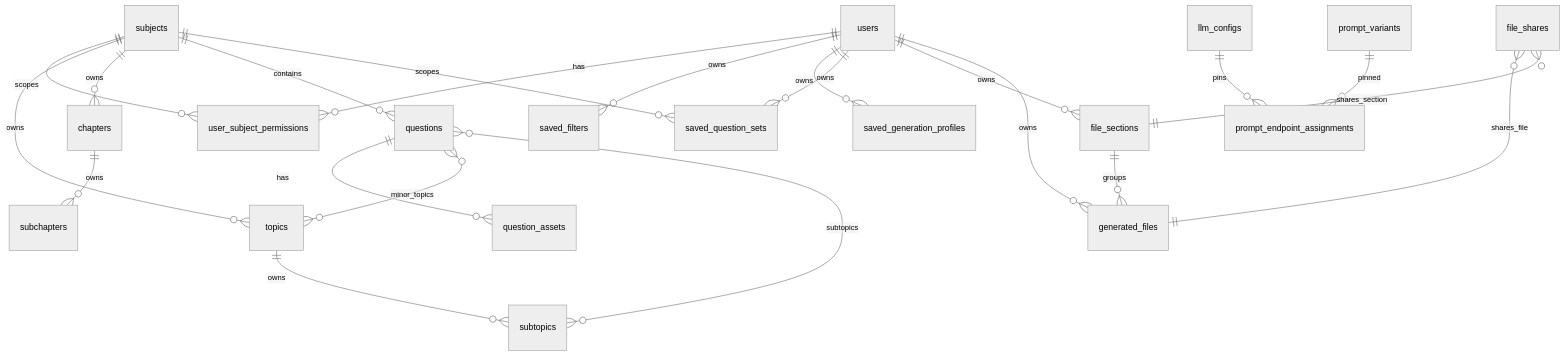
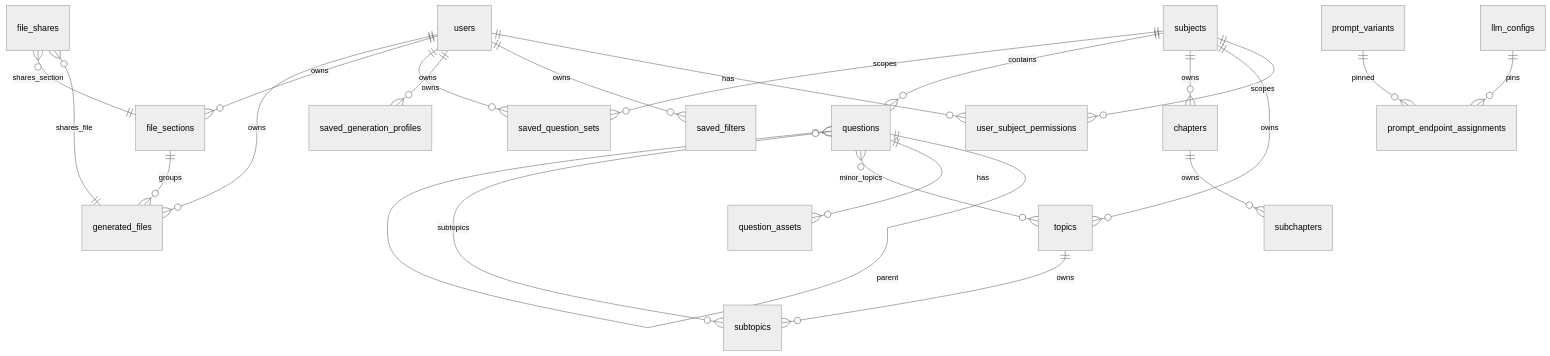
One commit to lst3245/oqb2 changed the diagram in docs/core/03-data-model-and-migrations.md. Above: the diagram before and after it, drawn with Mermaid (neutral theme). The commit also changed other lines of this file and 57 other files, not shown here.

````diff
--- a/docs/core/03-data-model-and-migrations.md
+++ b/docs/core/03-data-model-and-migrations.md
@@ -7,24 +7,25 @@
 ```mermaid
 erDiagram
   users ||--o{ user_subject_permissions : has
   subjects ||--o{ user_subject_permissions : scopes
   subjects ||--o{ topics : owns
   topics ||--o{ subtopics : owns
   subjects ||--o{ chapters : owns
   chapters ||--o{ subchapters : owns
   subjects ||--o{ questions : contains
+  questions ||--o{ questions : parent
   questions ||--o{ question_assets : has
   questions }o--o{ topics : minor_topics
   questions }o--o{ subtopics : subtopics
   users ||--o{ saved_filters : owns
   users ||--o{ saved_generation_profiles : owns
   users ||--o{ saved_question_sets : owns
   subjects ||--o{ saved_question_sets : scopes
   users ||--o{ file_sections : owns
   users ||--o{ generated_files : owns
   file_sections ||--o{ generated_files : groups
   file_shares }o--|| generated_files : shares_file
   file_shares }o--|| file_sections : shares_section
   llm_configs ||--o{ prompt_endpoint_assignments : pins
   prompt_variants ||--o{ prompt_endpoint_assignments : pinned
 ```
````
